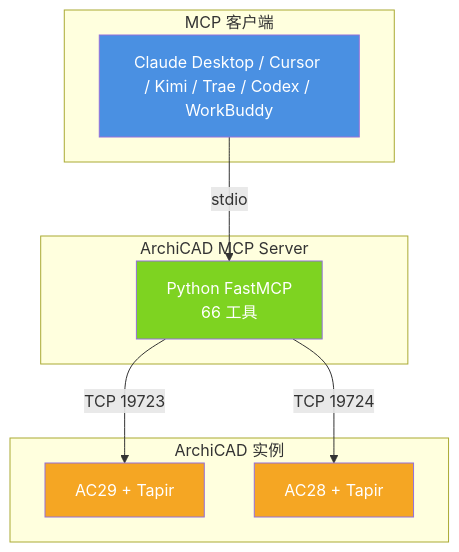
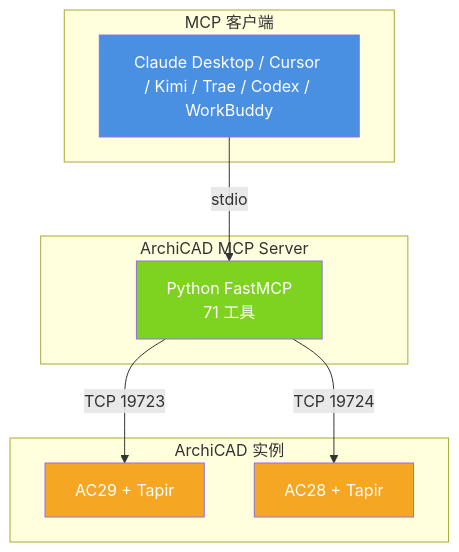
One commit to archilau0315/archilinkai changed the diagram in readme.md. Above: the diagram before and after it, drawn with Mermaid. The commit also changed other lines of this file and 5 other files, not shown here.

````diff
--- a/readme.md
+++ b/readme.md
@@ -62,20 +63,20 @@
 ```mermaid
 flowchart TB
     subgraph Client["MCP 客户端"]
         C[Claude Desktop / Cursor / Kimi / Trae / Codex / WorkBuddy]
     end
     subgraph Server["ArchiCAD MCP Server"]
-        S[Python FastMCP<br/>66 工具]
+        S[Python FastMCP<br/>71 工具]
     end
     subgraph AC["ArchiCAD 实例"]
         A1[AC29 + Tapir]
         A2[AC28 + Tapir]
     end
     C -->|stdio| S
     S -->|TCP 19723| A1
     S -->|TCP 19724| A2
     style C fill:#4a90e2,color:#fff
     style S fill:#7ed321,color:#fff
     style A1 fill:#f5a623,color:#fff
     style A2 fill:#f5a623,color:#fff
 ```
````
